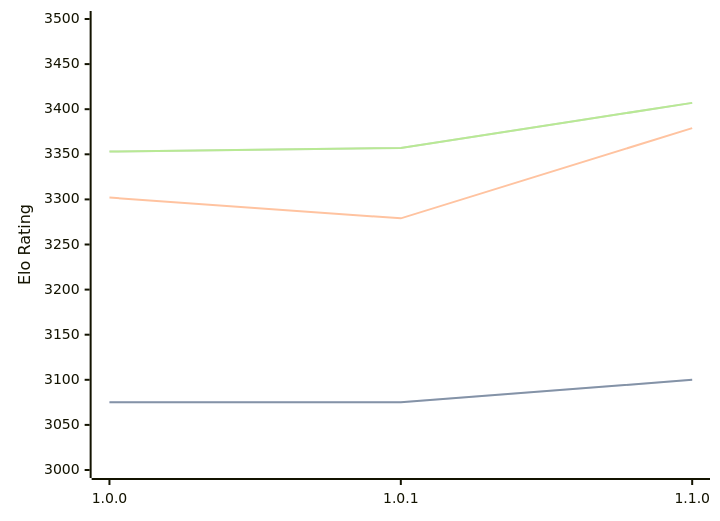
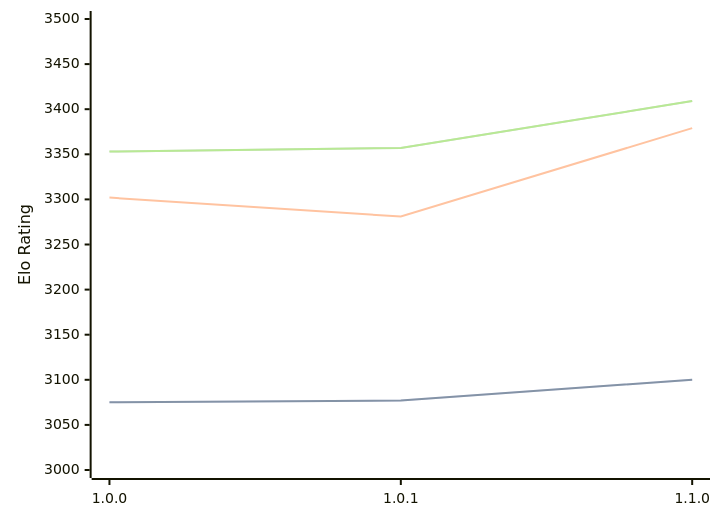
Before and after one commit to computer-chess-index/cci: the diagram in engines/Ursus.md, drawn with Mermaid. The commit also changed other lines of this file, not shown here.

Commit message:
Update CCI Ratings (ELO VLTC) - 2026-10-08

````diff
--- a/engines/Ursus.md
+++ b/engines/Ursus.md
@@ -33,11 +33,11 @@
 ```mermaid
 %%{init: {"theme":"base","themeVariables":{"seriesColors:['#a3a3a3','#222221','#faa371']}}}%%
 xychart-beta
   x-axis ["1.0.0", "1.0.1", "1.1.0"]
   y-axis "Elo Rating" 3000 --> 3500
-  line "" [3075, 3075, 3100]
-  line "STC (8.0+0.08s)" [3075, 3075, 3100]
-  line "LTC (60.0+0.60s)" [3302, 3279, 3379]
-  line "" [3353, 3357, 3407]
-  line "VLTC (2m24s+1.12s)" [3353, 3357, 3407]
+  line "" [3075, 3077, 3100]
+  line "STC (8.0+0.08s)" [3075, 3077, 3100]
+  line "LTC (60.0+0.60s)" [3302, 3281, 3379]
+  line "" [3353, 3357, 3409]
+  line "VLTC (2m24s+1.12s)" [3353, 3357, 3409]
 ```
````
